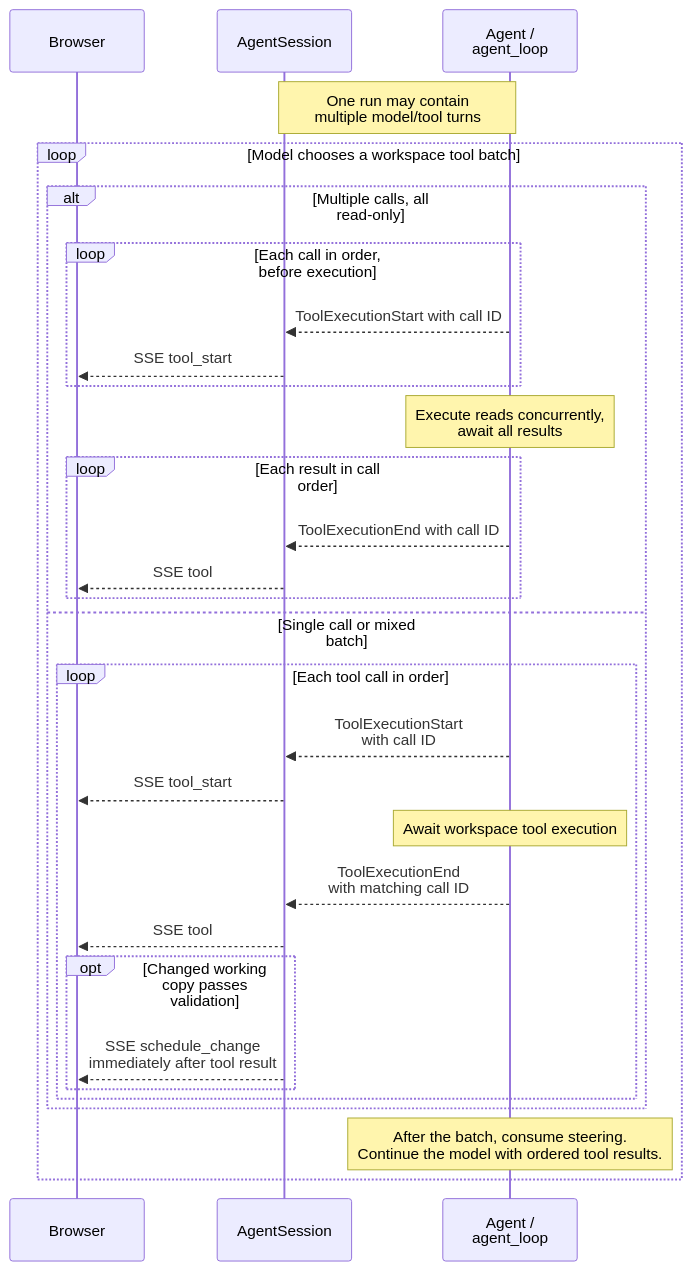
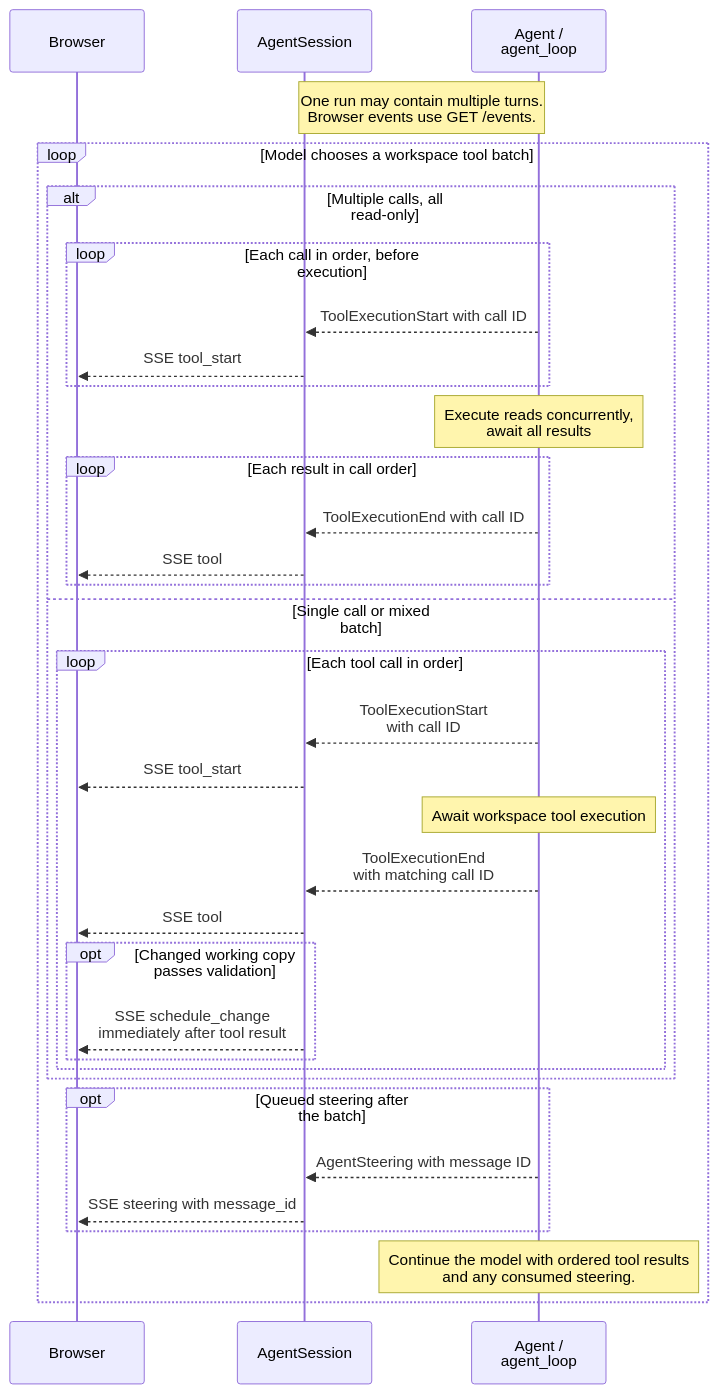
One commit to j3soon/nurse-scheduling changed the ninth of 15 diagrams in docs/content/developer-guide/ai-assistant.md. Above: the diagram before and after it, drawn with Mermaid. The commit also changed other lines of this file and 1 other file, not shown here.

First line of the commit message:
docs(ai): clarify unified session events and diagrams

````diff
--- a/docs/content/developer-guide/ai-assistant.md
+++ b/docs/content/developer-guide/ai-assistant.md
@@ -380,44 +385,48 @@
 ```mermaid
 ---
 config:
   sequence:
     actorMargin: 12
     width: 140
     diagramMarginX: 4
     diagramMarginY: 8
     wrap: false
     wrapPadding: 4
 ---
 sequenceDiagram
     participant Browser
     participant Session as AgentSession
     participant Agent as Agent /<br/>agent_loop
 
-    Note over Session,Agent: One run may contain<br/>multiple model/tool turns
+    Note over Session,Agent: One run may contain multiple turns.<br/>Browser events use GET /events.
     loop Model chooses a workspace tool batch
         alt Multiple calls, all read-only
             loop Each call in order, before execution
                 Agent-->>Session: ToolExecutionStart with call ID
                 Session-->>Browser: SSE tool_start
             end
             Note over Agent: Execute reads concurrently,<br/>await all results
             loop Each result in call order
                 Agent-->>Session: ToolExecutionEnd with call ID
                 Session-->>Browser: SSE tool
             end
         else Single call or mixed batch
             loop Each tool call in order
                 Agent-->>Session: ToolExecutionStart<br/>with call ID
                 Session-->>Browser: SSE tool_start
                 Note over Agent: Await workspace tool execution
                 Agent-->>Session: ToolExecutionEnd<br/>with matching call ID
                 Session-->>Browser: SSE tool
                 opt Changed working copy passes validation
                     Session-->>Browser: SSE schedule_change<br/>immediately after tool result
                 end
             end
         end
-        Note over Agent: After the batch, consume steering.<br/>Continue the model with ordered tool results.
+        opt Queued steering after the batch
+            Agent-->>Session: AgentSteering with message ID
+            Session-->>Browser: SSE steering with message_id
+        end
+        Note over Agent: Continue the model with ordered tool results<br/>and any consumed steering.
     end
 
 ```
````
